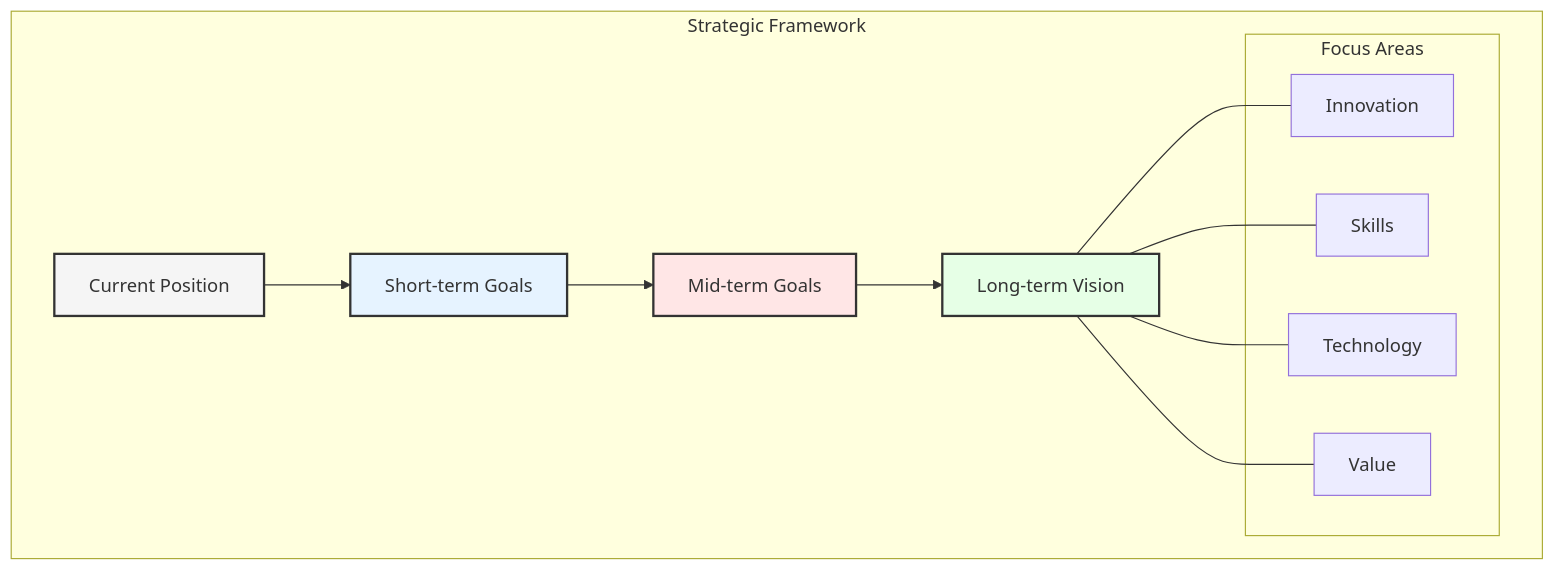
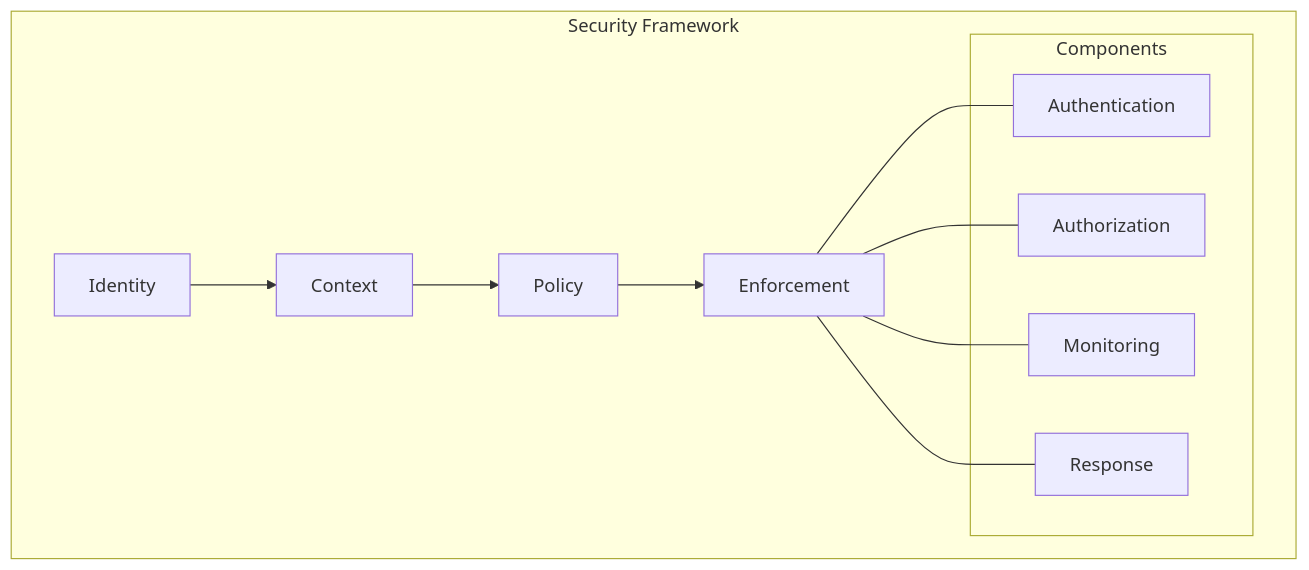
Before and after one commit to data-octo/agentic_ai_research: the sixth of 9 diagrams in enterprise_data_architecture/chapters/10_future_trends.md, drawn with Mermaid. The commit also changed other lines of this file and 11 other files, not shown here.

````diff
--- a/enterprise_data_architecture/chapters/10_future_trends.md
+++ b/enterprise_data_architecture/chapters/10_future_trends.md
@@ -242,25 +225,20 @@
 ```mermaid
 graph TB
-    subgraph "Strategic Framework"
-        A[Current Position] --> B[Short-term Goals]
-        B --> C[Mid-term Goals]
-        C --> D[Long-term Vision]
+    subgraph "Security Framework"
+        A[Identity] --> B[Context]
+        B --> C[Policy]
+        C --> D[Enforcement]
         
-        subgraph "Focus Areas"
-            E[Innovation]
-            F[Skills]
-            G[Technology]
-            H[Value]
+        subgraph "Components"
+            E[Authentication]
+            F[Authorization]
+            G[Monitoring]
+            H[Response]
         end
         
         D --- E
         D --- F
         D --- G
         D --- H
     end
-    
-    style A fill:#f5f5f5,stroke:#333,stroke-width:2px
-    style B fill:#e6f3ff,stroke:#333,stroke-width:2px
-    style C fill:#ffe6e6,stroke:#333,stroke-width:2px
-    style D fill:#e6ffe6,stroke:#333,stroke-width:2px
 ```
````
